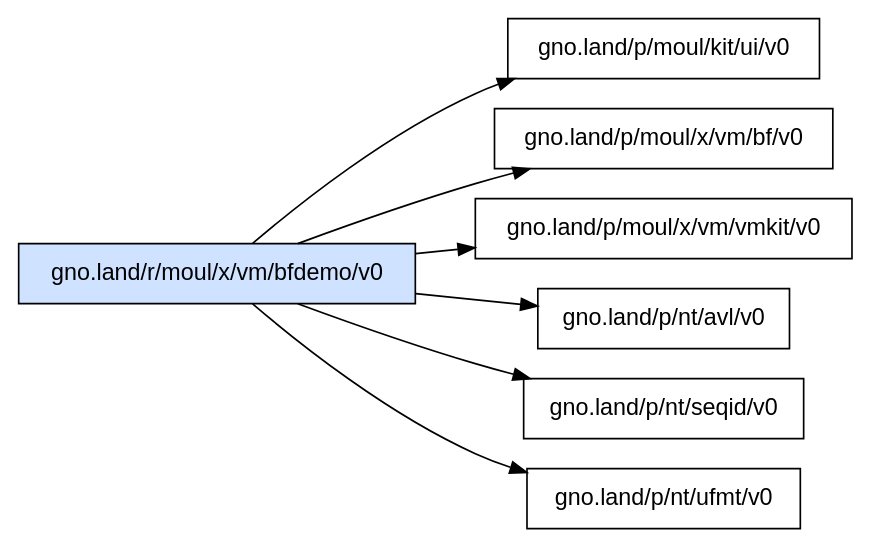
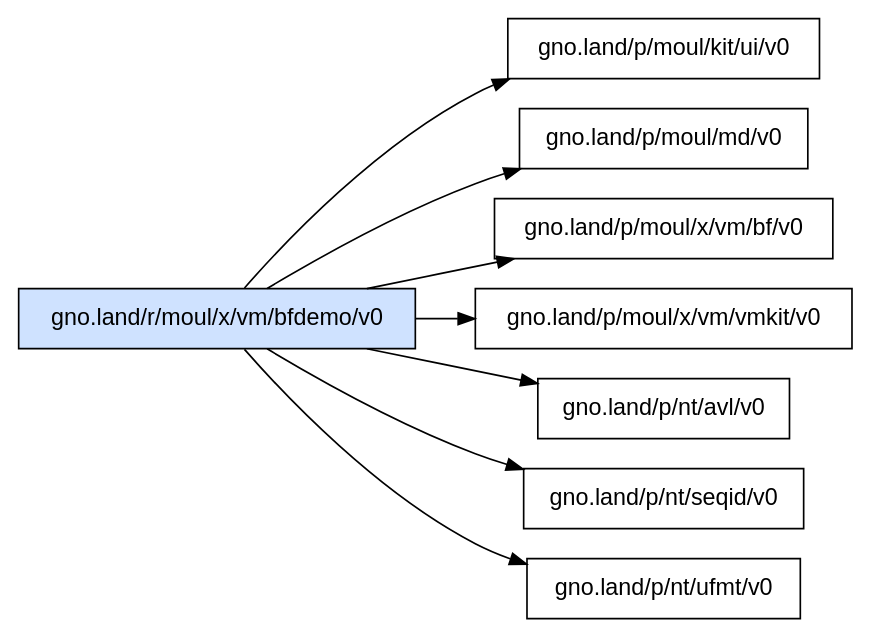
One commit to moul/gno-contracts changed the diagram in _assets/gno.land/r/moul/x/vm/bfdemo/v0/deps.dot. Above: the diagram before and after it, drawn with Graphviz. The commit also changed 13 other files, not shown here.

Commit message:
chore: regenerate catalog, graphs and on-chain status [skip ci]

```diff
--- a/_assets/gno.land/r/moul/x/vm/bfdemo/v0/deps.dot
+++ b/_assets/gno.land/r/moul/x/vm/bfdemo/v0/deps.dot
@@ -1,11 +1,12 @@
 digraph deps {
   rankdir=LR;
   node [shape=box, fontname="sans-serif"];
   "gno.land/r/moul/x/vm/bfdemo/v0" [style=filled, fillcolor="#cfe2ff"];
   "gno.land/r/moul/x/vm/bfdemo/v0" -> "gno.land/p/moul/kit/ui/v0";
+  "gno.land/r/moul/x/vm/bfdemo/v0" -> "gno.land/p/moul/md/v0";
   "gno.land/r/moul/x/vm/bfdemo/v0" -> "gno.land/p/moul/x/vm/bf/v0";
   "gno.land/r/moul/x/vm/bfdemo/v0" -> "gno.land/p/moul/x/vm/vmkit/v0";
   "gno.land/r/moul/x/vm/bfdemo/v0" -> "gno.land/p/nt/avl/v0";
   "gno.land/r/moul/x/vm/bfdemo/v0" -> "gno.land/p/nt/seqid/v0";
   "gno.land/r/moul/x/vm/bfdemo/v0" -> "gno.land/p/nt/ufmt/v0";
 }
```
